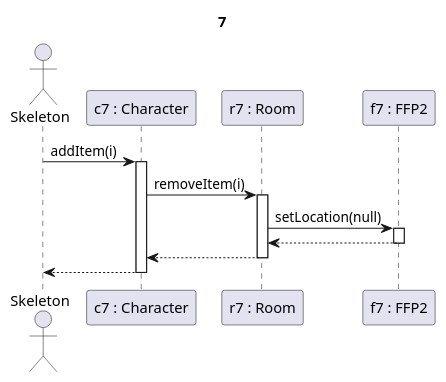
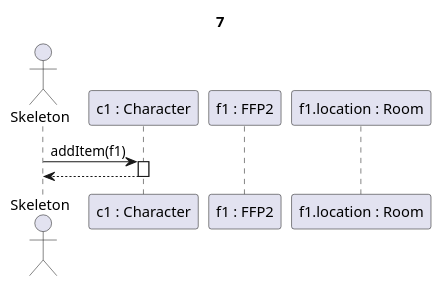
One commit to kipolaris/skyrimscriptsuttogok changed the diagram in partII_sequence diagrams/7.puml. Above: the diagram before and after it, drawn with PlantUML. The commit also changed 113 other files, not shown here.

Commit message:
generated all 46 sequence diagrams and the use-case diagram

```diff
--- a/partII_sequence diagrams/7.puml
+++ b/partII_sequence diagrams/7.puml
@@ -1,21 +1,14 @@
-@startuml Targyfelvéte sikeres
+@startuml Targyfelvéte sikertelen
 
 Title 7
 
 actor Skeleton as s
-participant "c7 : Character" as c
-participant "r7 : Room" as r4
-participant "f7 : FFP2" as i
+participant "c1 : Character" as c
+participant "f1 : FFP2" as f
+participant "f1.location : Room" as r
 
-s->c ++: addItem(i)
-'Ez így még nem helyes'
-c -> r4 ++: removeItem(i)
-
-r4 -> i ++: setLocation(null)
-i-->r4 --:
-
-r4 --> c --:
+s->c ++: addItem(f1)
 
 c-->s --:
 
 @enduml
```
